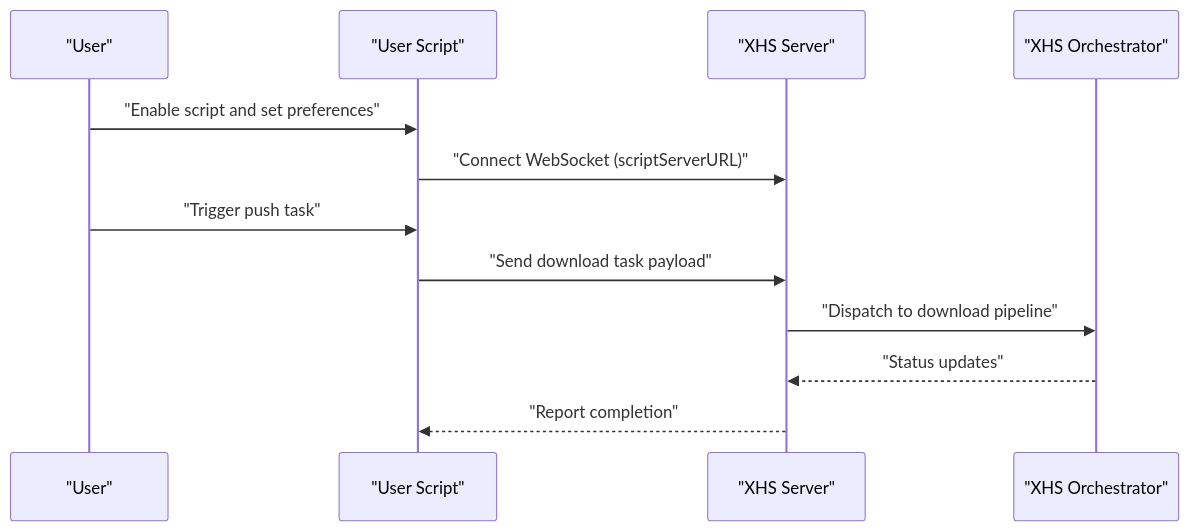
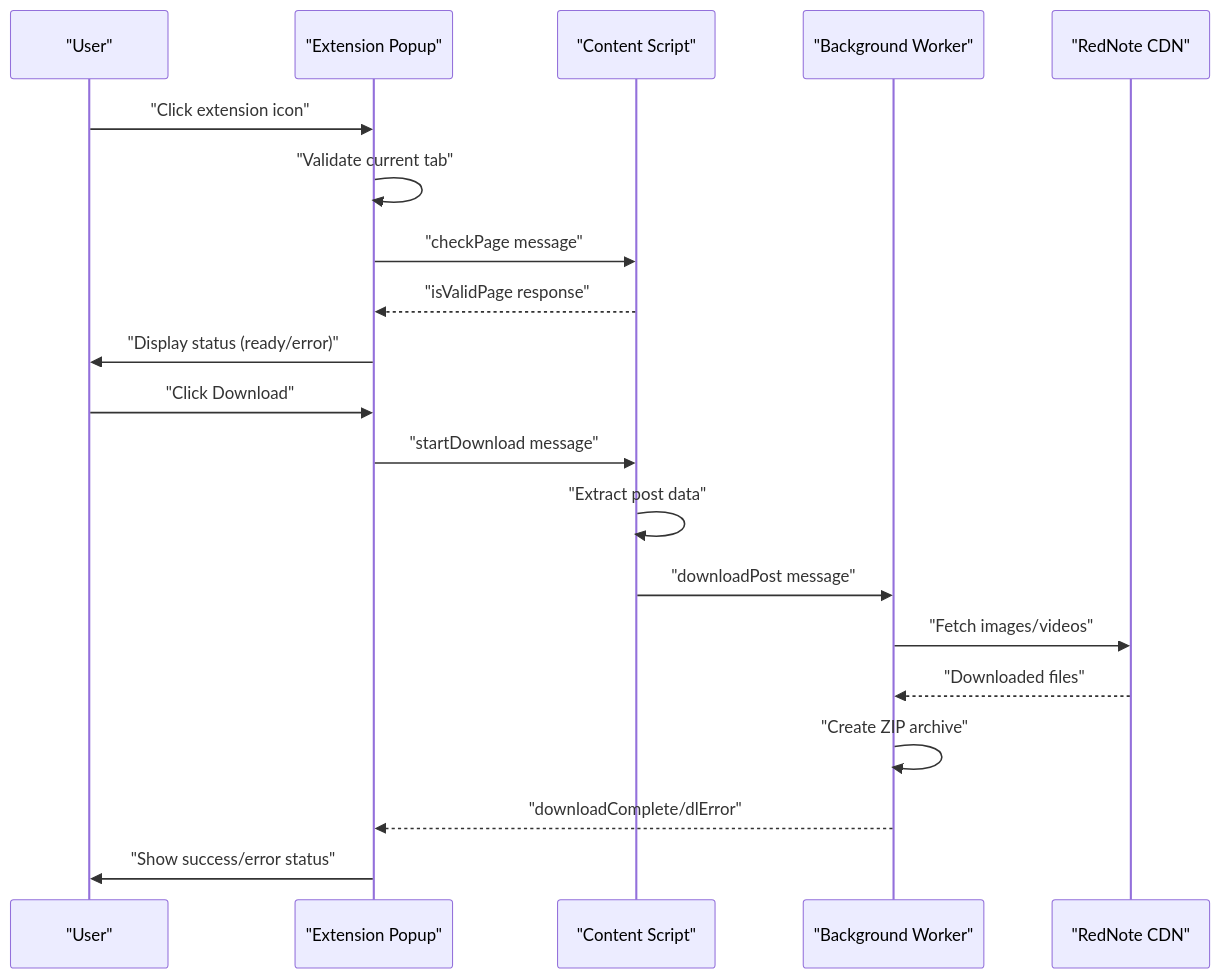
One commit to KY-2000/XHS-Downloader changed the fourth of 9 diagrams in .qoder/repowiki/en/content/Advanced Features/Advanced Features.md. Above: the diagram before and after it, drawn with Mermaid. The commit also changed other lines of this file and 3 other files, not shown here.

````diff
--- a/.qoder/repowiki/en/content/Advanced Features/Advanced Features.md
+++ b/.qoder/repowiki/en/content/Advanced Features/Advanced Features.md
@@ -205,14 +255,22 @@
 ```mermaid
 sequenceDiagram
 participant User as "User"
-participant Script as "User Script"
-participant Server as "XHS Server"
-participant APP as "XHS Orchestrator"
-User->>Script : "Enable script and set preferences"
-Script->>Server : "Connect WebSocket (scriptServerURL)"
-User->>Script : "Trigger push task"
-Script->>Server : "Send download task payload"
-Server->>APP : "Dispatch to download pipeline"
-APP-->>Server : "Status updates"
-Server-->>Script : "Report completion"
+participant Popup as "Extension Popup"
+participant Content as "Content Script"
+participant Background as "Background Worker"
+participant CDN as "RedNote CDN"
+User->>Popup : "Click extension icon"
+Popup->>Popup : "Validate current tab"
+Popup->>Content : "checkPage message"
+Content-->>Popup : "isValidPage response"
+Popup->>User : "Display status (ready/error)"
+User->>Popup : "Click Download"
+Popup->>Content : "startDownload message"
+Content->>Content : "Extract post data"
+Content->>Background : "downloadPost message"
+Background->>CDN : "Fetch images/videos"
+CDN-->>Background : "Downloaded files"
+Background->>Background : "Create ZIP archive"
+Background-->>Popup : "downloadComplete/dlError"
+Popup->>User : "Show success/error status"
 ```
````
